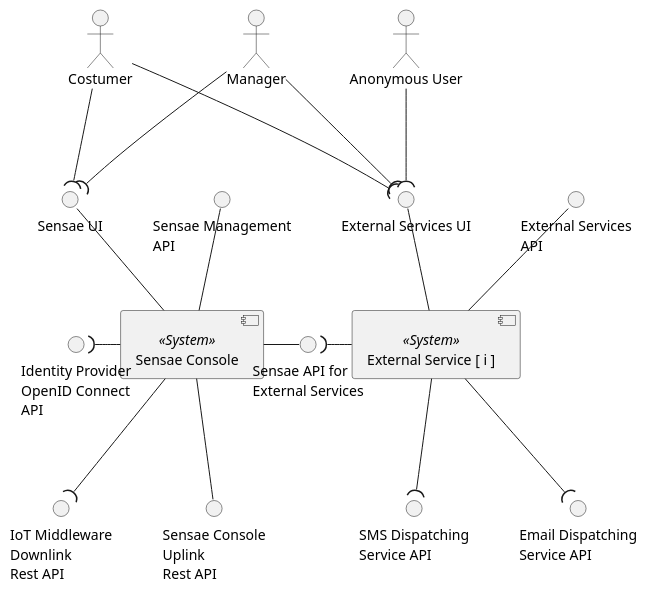
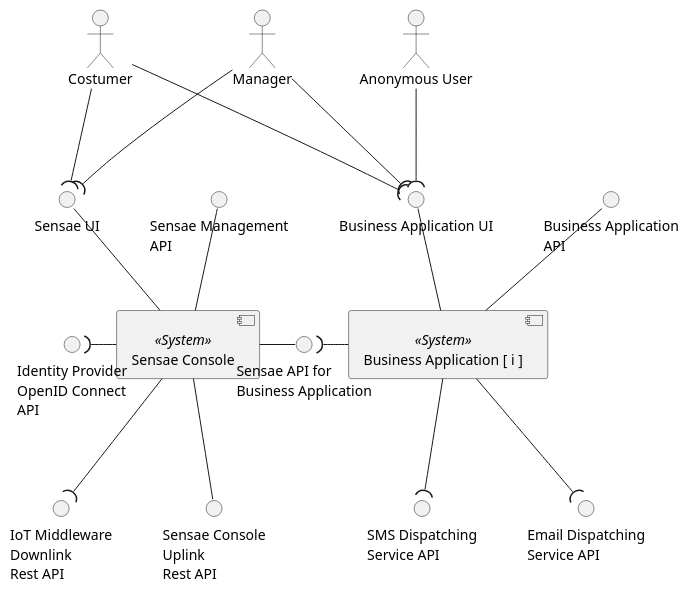
One commit to FilipeMCruz/dissertation changed the diagram in assets/diagrams/design/architectural/level1/logical-view.pu. Above: the diagram before and after it, drawn with PlantUML. The commit also changed 49 other files, not shown here.

Commit message:
changed external services to business applications

```diff
--- a/assets/diagrams/design/architectural/level1/logical-view.pu
+++ b/assets/diagrams/design/architectural/level1/logical-view.pu
@@ -1,47 +1,47 @@
 @startuml logical-view
 
 skinparam Monochrome true
 skinparam sequenceMessageAlign center
 skinparam componentStyle uml2
 skinparam packageStyle rectangle
 
 [Sensae Console] as S <<System>>
-component "External Service [ i ]" as EXTER <<System>>
+component "Business Application [ i ]" as EXTER <<System>>
 
 () "Sensae UI" as UI
 () "Sensae Management\nAPI" as API
-() "Sensae API for\nExternal Services" as DATA_API
+() "Sensae API for\nBusiness Application" as DATA_API
 () "IoT Middleware\nDownlink\nRest API" as OUT_ENDPOINT
 () "Sensae Console\nUplink\nRest API" as IN_ENDPOINT
 () "Identity Provider\nOpenID Connect\nAPI" as OPEN_ID
-() "External Services UI" as EXTER_UI
-() "External Services\nAPI" as EXTER_API
+() "Business Application UI" as EXTER_UI
+() "Business Application\nAPI" as EXTER_API
 () "SMS Dispatching\nService API" as SMS
 () "Email Dispatching\nService API" as EMAIL
 
 API -- S
 UI -- S
 EXTER_UI -- EXTER
 EXTER_API -- EXTER
 S - DATA_API
 OPEN_ID )- S
 S -- IN_ENDPOINT
 
 S --( OUT_ENDPOINT
 
 EXTER --( EMAIL
 EXTER --( SMS
 
 actor "Manager" as Manager
 actor "Costumer" as Costumer
 actor "Anonymous User" as Anonymous
 
 Manager --( UI
 Manager --( EXTER_UI
 Costumer --( UI
 Costumer --( EXTER_UI
 Anonymous --( EXTER_UI
 
 DATA_API )- EXTER
 
 @enduml
```
